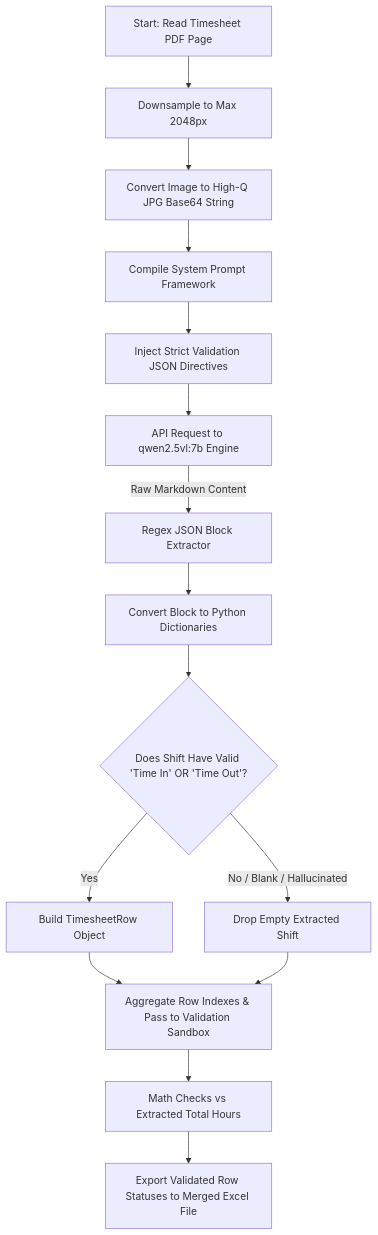
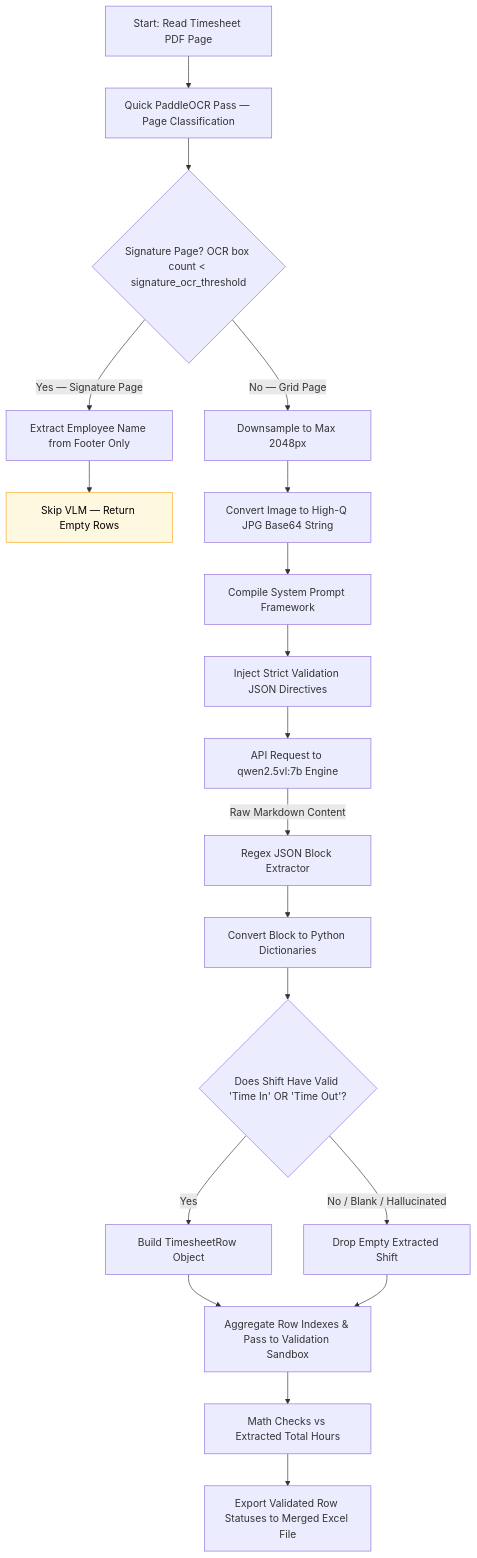
Before and after one commit to mohitagr18/timesheet-ocr: the diagram in workflows/vlm_full_page_flow.md, drawn with Mermaid. The commit also changed other lines of this file and 6 other files, not shown here.

````diff
--- a/workflows/vlm_full_page_flow.md
+++ b/workflows/vlm_full_page_flow.md
@@ -13,20 +13,28 @@
 ```mermaid
 graph TD
-    A[Start: Read Timesheet PDF Page] --> B[Downsample to Max 2048px]
-    B --> C[Convert Image to High-Q JPG Base64 String]
+    A[Start: Read Timesheet PDF Page] --> B[Quick PaddleOCR Pass — Page Classification]
+    B --> C{Signature Page? OCR box count < signature_ocr_threshold}
+
+    C -->|Yes — Signature Page| D[Extract Employee Name from Footer Only]
+    D --> E[Skip VLM — Return Empty Rows]
+
+    C -->|No — Grid Page| F[Downsample to Max 2048px]
+    F --> G[Convert Image to High-Q JPG Base64 String]
     
-    C --> D[Compile System Prompt Framework]
-    D --> E[Inject Strict Validation JSON Directives]
-    E --> F[API Request to qwen2.5vl:7b Engine]
+    G --> H[Compile System Prompt Framework]
+    H --> I[Inject Strict Validation JSON Directives]
+    I --> J[API Request to qwen2.5vl:7b Engine]
     
-    F -->|Raw Markdown Content| G[Regex JSON Block Extractor]
-    G --> H[Convert Block to Python Dictionaries]
+    J -->|Raw Markdown Content| K[Regex JSON Block Extractor]
+    K --> L[Convert Block to Python Dictionaries]
     
-    H --> I{Does Shift Have Valid 'Time In' OR 'Time Out'?}
-    I -->|Yes| J[Build TimesheetRow Object]
-    I -->|No / Blank / Hallucinated| K[Drop Empty Extracted Shift]
+    L --> M{Does Shift Have Valid 'Time In' OR 'Time Out'?}
+    M -->|Yes| N[Build TimesheetRow Object]
+    M -->|No / Blank / Hallucinated| O[Drop Empty Extracted Shift]
     
-    J & K --> L[Aggregate Row Indexes & Pass to Validation Sandbox]
-    L --> M[Math Checks vs Extracted Total Hours]
-    M --> N[Export Validated Row Statuses to Merged Excel File]
+    N & O --> P[Aggregate Row Indexes & Pass to Validation Sandbox]
+    P --> Q[Math Checks vs Extracted Total Hours]
+    Q --> R[Export Validated Row Statuses to Merged Excel File]
+    
+    style E fill:#fff8e1,stroke:#f9a825,color:#000
 ```
````
